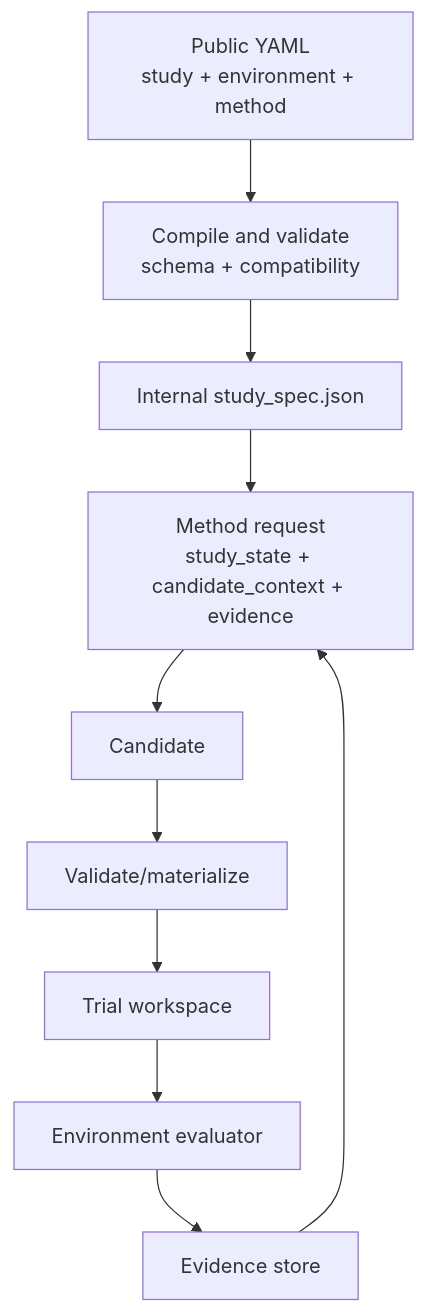
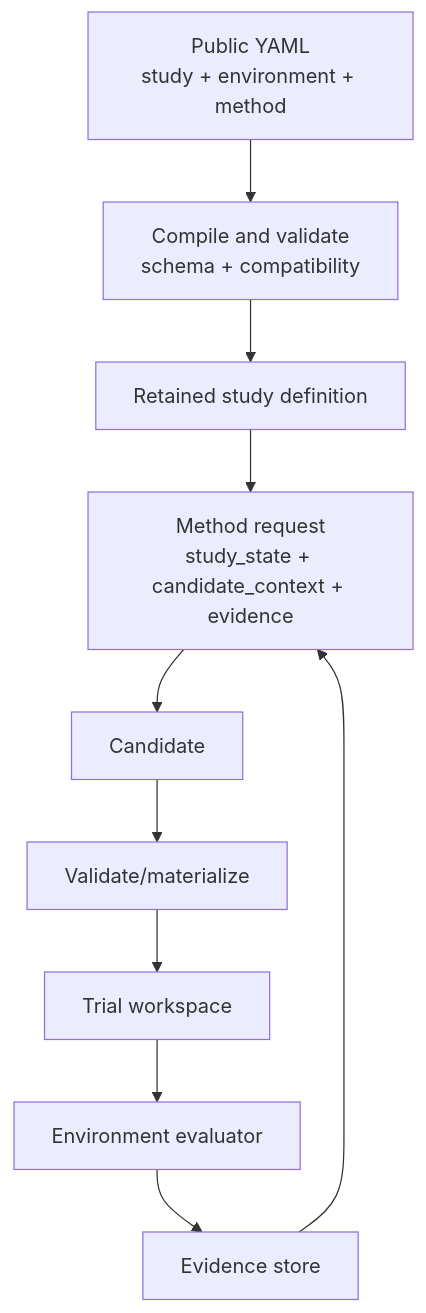
One commit to MINDS-THU/OptPilot changed the second of 2 diagrams in studio/src/optpilot_studio/docs_assets/candidate-contracts.md. Above: the diagram before and after it, drawn with Mermaid. The commit also changed other lines of this file and 779 other files, not shown here.

````diff
--- a/studio/src/optpilot_studio/docs_assets/candidate-contracts.md
+++ b/studio/src/optpilot_studio/docs_assets/candidate-contracts.md
@@ -189,14 +235,14 @@
 ```mermaid
 flowchart TD
   Public["Public YAML\nstudy + environment + method"]
   Compile["Compile and validate\nschema + compatibility"]
-  Spec["Internal study_spec.json"]
+  Spec["Retained study definition"]
   Request["Method request\nstudy_state + candidate_context + evidence"]
   Candidate["Candidate"]
   Materialize["Validate/materialize"]
   Trial["Trial workspace"]
   Evaluate["Environment evaluator"]
   Evidence["Evidence store"]
 
   Public --> Compile --> Spec --> Request --> Candidate --> Materialize --> Trial --> Evaluate --> Evidence --> Request
 ```
````
